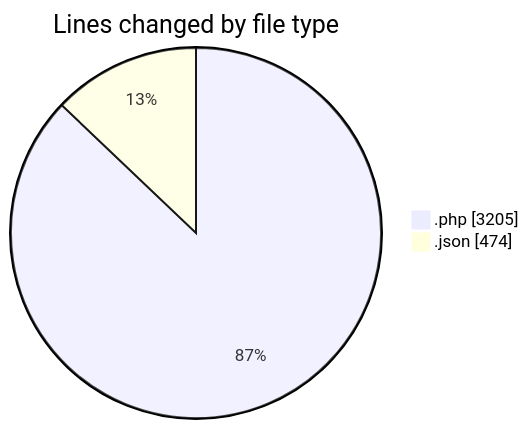
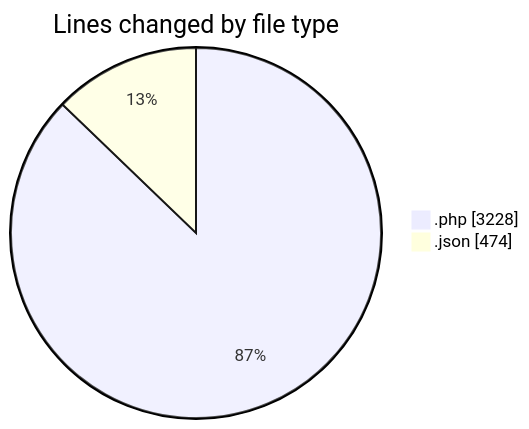
Before and after one commit to idhammustaqopulfikri/code-tracking: the first of 2 diagrams in 2025-06-22/studio-backend/README.md, drawn with Mermaid. The commit also changed other lines of this file and 1 other file, not shown here.

````diff
--- a/2025-06-22/studio-backend/README.md
+++ b/2025-06-22/studio-backend/README.md
@@ -30,6 +30,6 @@
 ```mermaid
 pie showData
 title Lines changed by file type
-".php" : 3205
+".php" : 3228
 ".json" : 474
 ```
````
